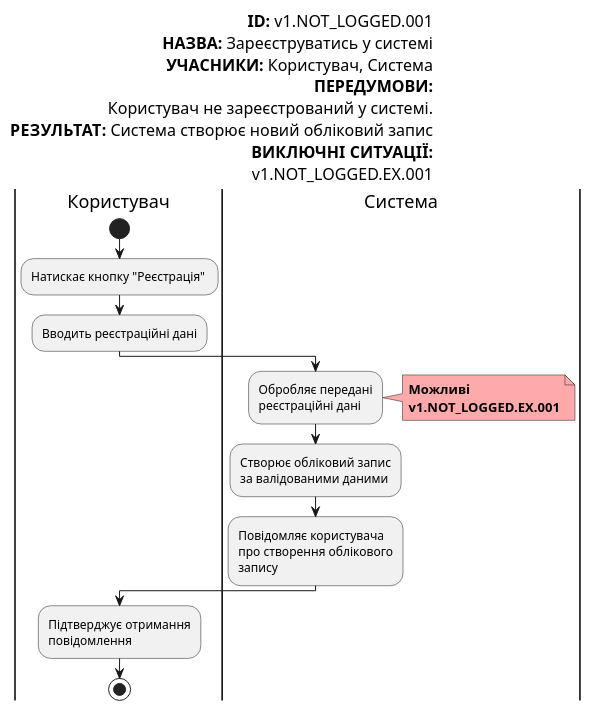
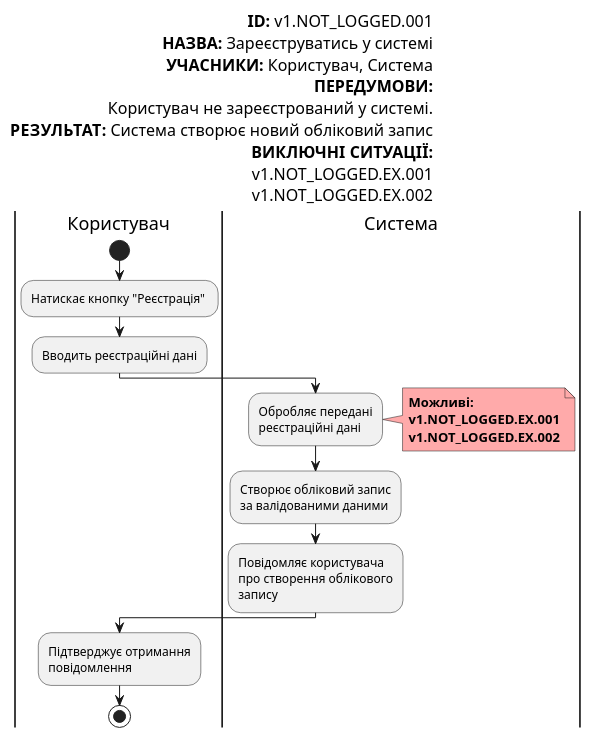
The fifth of 23 diagrams in docs/use-cases/README.md (gurug-prog/survey-expert), drawn with PlantUML before and after one commit. The commit also changed other lines of this file, not shown here.

```diff
--- a/docs/use-cases/README.md
+++ b/docs/use-cases/README.md
@@ -109,42 +109,44 @@
   @startuml
 
         left header
              <font color=000 size=16><b>ID:</b> v1.NOT_LOGGED.001
              <font color=000 size=16><b>НАЗВА:</b> Зареєструватись у системі
              <font color=000 size=16><b>УЧАСНИКИ:</b> Користувач, Система
              <font color=000 size=16><b>ПЕРЕДУМОВИ:</b>
              <font color=000 size=16>Користувач не зареєстрований у системі.
              <font color=000 size=16><b>РЕЗУЛЬТАТ:</b> Система створює новий обліковий запис
              <font color=000 size=16><b>ВИКЛЮЧНІ СИТУАЦІЇ:</b>
              <font color=000 size=16>v1.NOT_LOGGED.EX.001
+             <font color=000 size=16>v1.NOT_LOGGED.EX.002
          end header
 
          |Користувач|
              start
              :Натискає кнопку "Реєстрація" ;
              :Вводить реєстраційні дані;
 
          |Система|
              :Обробляє передані
              реєстраційні дані;
 
              note right #ffaaaa
-             <b>Можливі</b>
+             <b>Можливі:</b>
              <b>v1.NOT_LOGGED.EX.001</b>
+             <b>v1.NOT_LOGGED.EX.002</b>
              end note
 
              :Створює обліковий запис
              за валідованими даними;
 
              :Повідомляє користувача
              про створення облікового
              запису;
 
          |Користувач|
 
             :Підтверджує отримання
             повідомлення;
 
             stop;
 
   @enduml
```
